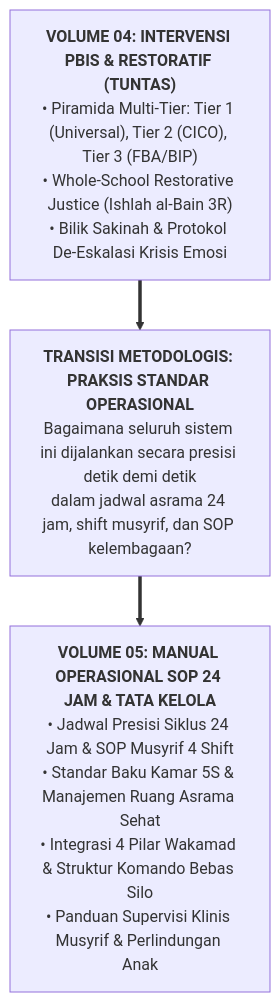
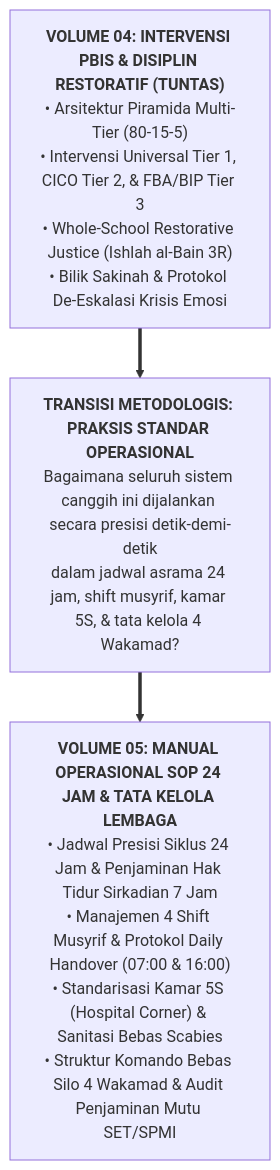
One commit to wandiapriliyandi/tumbuh changed the second of 2 diagrams in BOOK Series 2/Volume-04-Intervensi-PBIS-dan-Disiplin-Restoratif/Bab-06-Bilik-Sakinah-dan-De-eskalasi-Krisis/03-Terapi-Naratif-dan-Jembatan-Volume-05.md. Above: the diagram before and after it, drawn with Mermaid. The commit also changed other lines of this file and 61 other files, not shown here.

````diff
--- a/BOOK Series 2/Volume-04-Intervensi-PBIS-dan-Disiplin-Restoratif/Bab-06-Bilik-Sakinah-dan-De-eskalasi-Krisis/03-Terapi-Naratif-dan-Jembatan-Volume-05.md
+++ b/BOOK Series 2/Volume-04-Intervensi-PBIS-dan-Disiplin-Restoratif/Bab-06-Bilik-Sakinah-dan-De-eskalasi-Krisis/03-Terapi-Naratif-dan-Jembatan-Volume-05.md
@@ -36,10 +50,10 @@
 ```mermaid
 flowchart TD
-    Vol4["<b>VOLUME 04: INTERVENSI PBIS & RESTORATIF (TUNTAS)</b><br/>• Piramida Multi-Tier: Tier 1 (Universal), Tier 2 (CICO), Tier 3 (FBA/BIP)<br/>• Whole-School Restorative Justice (Ishlah al-Bain 3R)<br/>• Bilik Sakinah & Protokol De-Eskalasi Krisis Emosi"]
+    Vol4["<b>VOLUME 04: INTERVENSI PBIS & DISIPLIN RESTORATIF (TUNTAS)</b><br/>• Arsitektur Piramida Multi-Tier (80-15-5)<br/>• Intervensi Universal Tier 1, CICO Tier 2, & FBA/BIP Tier 3<br/>• Whole-School Restorative Justice (Ishlah al-Bain 3R)<br/>• Bilik Sakinah & Protokol De-Eskalasi Krisis Emosi"]
     
-    Jembatan["<b>TRANSISI METODOLOGIS: PRAKSIS STANDAR OPERASIONAL</b><br/>Bagaimana seluruh sistem ini dijalankan secara presisi detik demi detik<br/>dalam jadwal asrama 24 jam, shift musyrif, dan SOP kelembagaan?"]
+    Jembatan["<b>TRANSISI METODOLOGIS: PRAKSIS STANDAR OPERASIONAL</b><br/>Bagaimana seluruh sistem canggih ini dijalankan secara presisi detik-demi-detik<br/>dalam jadwal asrama 24 jam, shift musyrif, kamar 5S, & tata kelola 4 Wakamad?"]
     
-    Vol5["<b>VOLUME 05: MANUAL OPERASIONAL SOP 24 JAM & TATA KELOLA</b><br/>• Jadwal Presisi Siklus 24 Jam & SOP Musyrif 4 Shift<br/>• Standar Baku Kamar 5S & Manajemen Ruang Asrama Sehat<br/>• Integrasi 4 Pilar Wakamad & Struktur Komando Bebas Silo<br/>• Panduan Supervisi Klinis Musyrif & Perlindungan Anak"]
+    Vol5["<b>VOLUME 05: MANUAL OPERASIONAL SOP 24 JAM & TATA KELOLA LEMBAGA</b><br/>• Jadwal Presisi Siklus 24 Jam & Penjaminan Hak Tidur Sirkadian 7 Jam<br/>• Manajemen 4 Shift Musyrif & Protokol Daily Handover (07:00 & 16:00)<br/>• Standarisasi Kamar 5S (Hospital Corner) & Sanitasi Bebas Scabies<br/>• Struktur Komando Bebas Silo 4 Wakamad & Audit Penjaminan Mutu SET/SPMI"]
 
     Vol4 ==> Jembatan ==> Vol5
 ```
````
